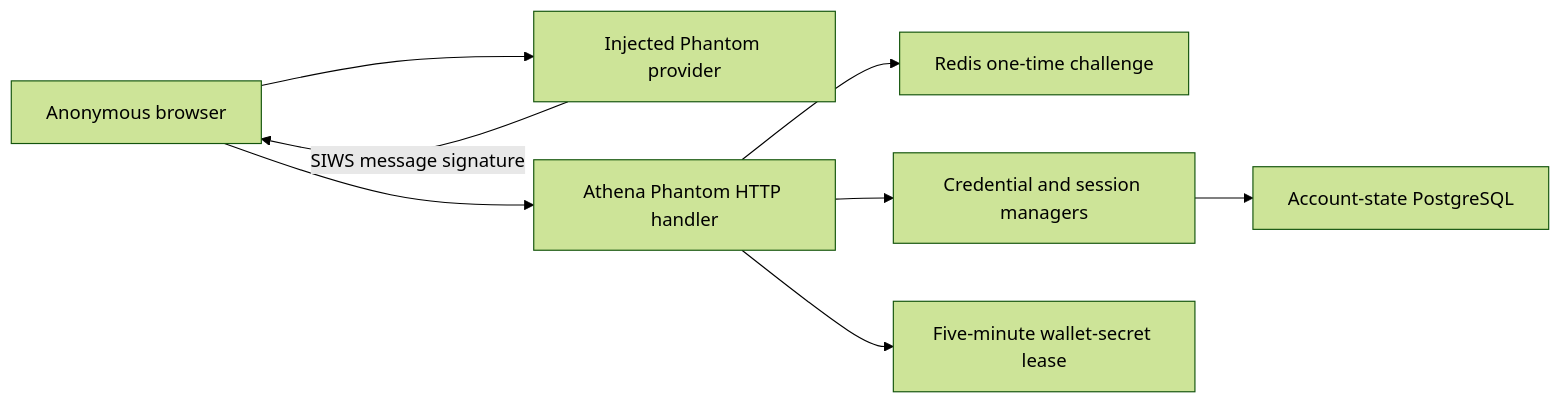
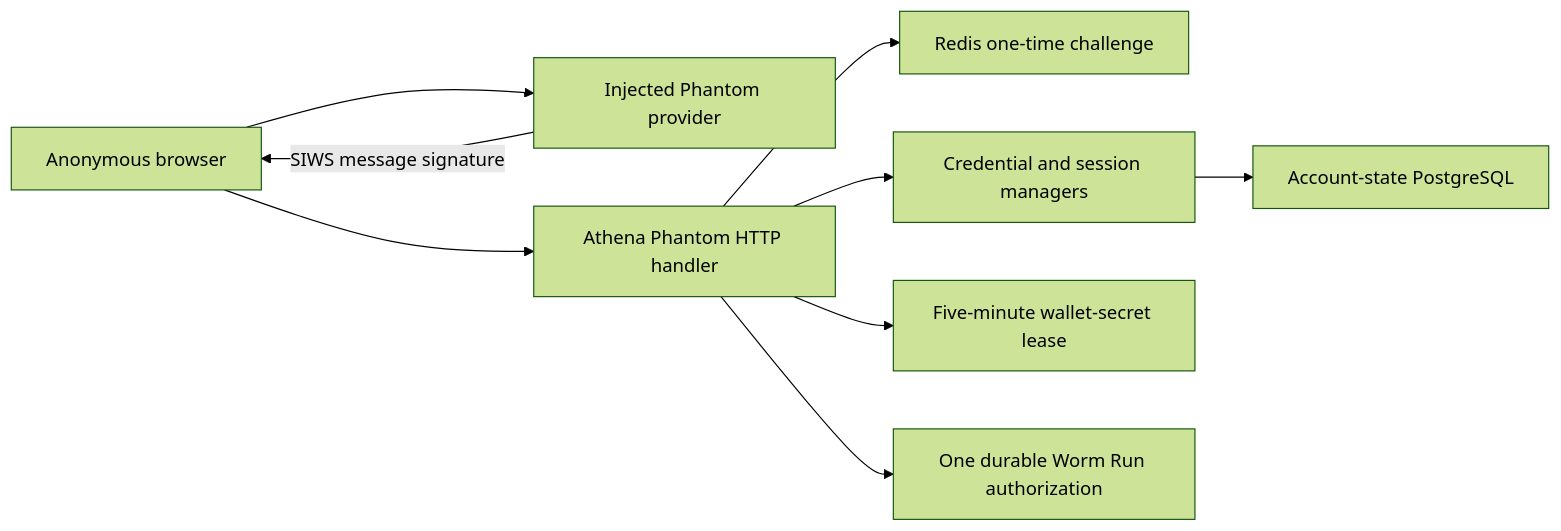
One commit to useryege/athena-o changed the diagram in docs/design/identity-access/solana-wallet-authentication.md. Above: the diagram before and after it, drawn with Mermaid (forest theme). The commit also changed other lines of this file and 60 other files, not shown here.

````diff
--- a/docs/design/identity-access/solana-wallet-authentication.md
+++ b/docs/design/identity-access/solana-wallet-authentication.md
@@ -35,10 +40,11 @@
 ```mermaid
 flowchart LR
     B["Anonymous browser"] --> P["Injected Phantom provider"]
     B --> H["Athena Phantom HTTP handler"]
     H --> R["Redis one-time challenge"]
     P -->|"SIWS message signature"| B
     H --> C["Credential and session managers"]
     C --> D["Account-state PostgreSQL"]
     H --> W["Five-minute wallet-secret lease"]
+    H --> E["One durable Worm Run authorization"]
 ```
````
